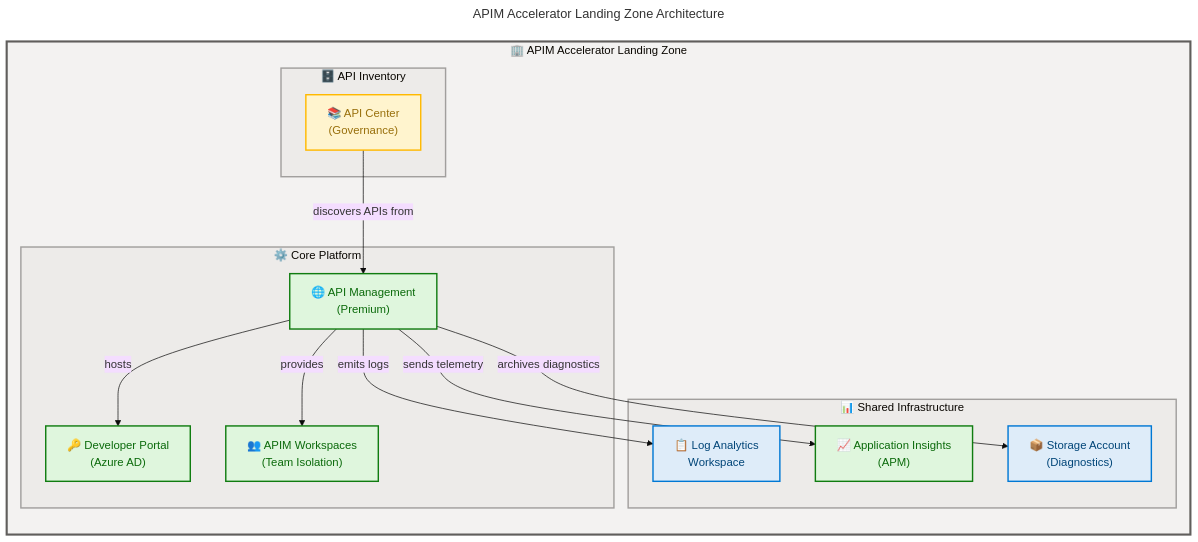
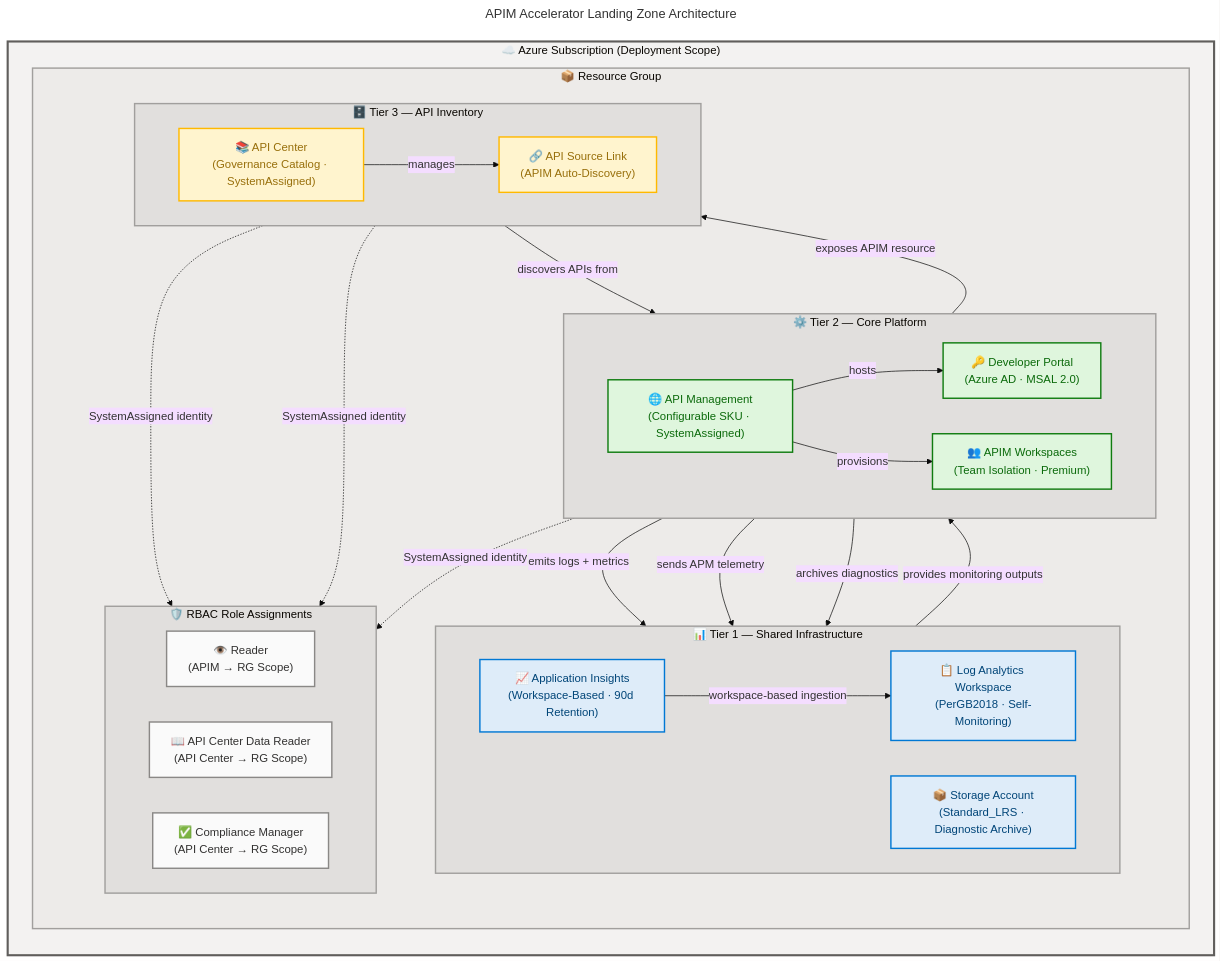
Before and after one commit to Evilazaro/APIM-Accelerator: the first of 2 diagrams in README.md, drawn with Mermaid. The commit also changed other lines of this file, not shown here.

Commit message:
Enhance README.md: Clarify architecture and deployment orchestration details, improving documentation accuracy and user understanding

````diff
--- a/README.md
+++ b/README.md
@@ -43,7 +45,7 @@
 ---
 flowchart TB
     accTitle: APIM Accelerator Landing Zone Architecture
-    accDescr: Shows the 3-tier deployment of shared monitoring, core API Management platform, and API inventory within a single Azure resource group
+    accDescr: Shows subscription-scope deployment with three Bicep module tiers, telemetry flows, RBAC identity assignments, and API governance within a single Azure resource group
 
     %% AZURE / FLUENT v1.1
     %% PHASE 1 - STRUCTURAL: Direction explicit, flat topology, nesting ≤ 3
@@ -53,43 +55,77 @@
     %% PHASE 5 - STANDARD: Governance block present, classDefs centralized
     %% ═══════════════════════════════════════════════════════════════════════════
 
-    subgraph landingZone["🏢 APIM Accelerator Landing Zone"]
+    subgraph subscription["☁️ Azure Subscription (Deployment Scope)"]
         direction TB
 
-        subgraph sharedInfra["📊 Shared Infrastructure"]
-            law["📋 Log Analytics<br/>Workspace"]:::core
-            storage["📦 Storage Account<br/>(Diagnostics)"]:::core
-            appInsights["📈 Application Insights<br/>(APM)"]:::success
+        subgraph resourceGroup["📦 Resource Group"]
+            direction TB
+
+            subgraph sharedInfra["📊 Tier 1 — Shared Infrastructure"]
+                direction LR
+                law["📋 Log Analytics Workspace<br/>(PerGB2018 · Self-Monitoring)"]:::core
+                storage["📦 Storage Account<br/>(Standard_LRS · Diagnostic Archive)"]:::core
+                appInsights["📈 Application Insights<br/>(Workspace-Based · 90d Retention)"]:::core
+            end
+
+            subgraph corePlatform["⚙️ Tier 2 — Core Platform"]
+                direction LR
+                apim["🌐 API Management<br/>(Configurable SKU · SystemAssigned)"]:::success
+                devPortal["🔑 Developer Portal<br/>(Azure AD · MSAL 2.0)"]:::success
+                workspaces["👥 APIM Workspaces<br/>(Team Isolation · Premium)"]:::success
+            end
+
+            subgraph apiInventory["🗄️ Tier 3 — API Inventory"]
+                direction LR
+                apiCenter["📚 API Center<br/>(Governance Catalog · SystemAssigned)"]:::warning
+                apiSource["🔗 API Source Link<br/>(APIM Auto-Discovery)"]:::warning
+            end
+
+            subgraph rbac["🛡️ RBAC Role Assignments"]
+                direction LR
+                readerRole["👁️ Reader<br/>(APIM → RG Scope)"]:::neutral
+                dataReaderRole["📖 API Center Data Reader<br/>(API Center → RG Scope)"]:::neutral
+                complianceRole["✅ Compliance Manager<br/>(API Center → RG Scope)"]:::neutral
+            end
         end
-
-        subgraph corePlatform["⚙️ Core Platform"]
-            apim["🌐 API Management<br/>(Premium)"]:::success
-            devPortal["🔑 Developer Portal<br/>(Azure AD)"]:::success
-            workspaces["👥 APIM Workspaces<br/>(Team Isolation)"]:::success
-        end
-
-        subgraph apiInventory["🗄️ API Inventory"]
-            apiCenter["📚 API Center<br/>(Governance)"]:::warning
-        end
-
-        apim -->|"emits logs"| law
-        apim -->|"sends telemetry"| appInsights
-        apim -->|"archives diagnostics"| storage
-        apim -->|"hosts"| devPortal
-        apim -->|"provides"| workspaces
-        apiCenter -->|"discovers APIs from"| apim
     end
 
-    %% SUBGRAPH STYLING (4 subgraphs = 4 style directives)
-    style landingZone fill:#F3F2F1,stroke:#605E5C,stroke-width:3px
-    style sharedInfra fill:#EDEBE9,stroke:#A19F9D,stroke-width:2px
-    style corePlatform fill:#EDEBE9,stroke:#A19F9D,stroke-width:2px
-    style apiInventory fill:#EDEBE9,stroke:#A19F9D,stroke-width:2px
+    %% Tier dependency chain (deployment order)
+    sharedInfra -->|"provides monitoring outputs"| corePlatform
+    corePlatform -->|"exposes APIM resource"| apiInventory
 
-    %% Centralized semantic classDefs (Phase 5 compliant)
+    %% Telemetry and diagnostic flows
+    apim -->|"emits logs + metrics"| law
+    apim -->|"sends APM telemetry"| appInsights
+    apim -->|"archives diagnostics"| storage
+    appInsights -->|"workspace-based ingestion"| law
+
+    %% Core platform relationships
+    apim -->|"hosts"| devPortal
+    apim -->|"provisions"| workspaces
+
+    %% Inventory relationships
+    apiSource -->|"discovers APIs from"| apim
+    apiCenter -->|"manages"| apiSource
+
+    %% Identity assignments (dashed = identity relationship)
+    apim -.->|"SystemAssigned identity"| readerRole
+    apiCenter -.->|"SystemAssigned identity"| dataReaderRole
+    apiCenter -.->|"SystemAssigned identity"| complianceRole
+
+    %% SUBGRAPH STYLING (6 subgraphs = 6 style directives)
+    style subscription fill:#F3F2F1,stroke:#605E5C,stroke-width:3px
+    style resourceGroup fill:#EDEBE9,stroke:#A19F9D,stroke-width:2px
+    style sharedInfra fill:#E1DFDD,stroke:#A19F9D,stroke-width:2px
+    style corePlatform fill:#E1DFDD,stroke:#A19F9D,stroke-width:2px
+    style apiInventory fill:#E1DFDD,stroke:#A19F9D,stroke-width:2px
+    style rbac fill:#E1DFDD,stroke:#A19F9D,stroke-width:2px
+
+    %% Centralized semantic classDefs (≤5 semantic classes)
     classDef core fill:#DEECF9,stroke:#0078D4,stroke-width:2px,color:#004578
     classDef success fill:#DFF6DD,stroke:#107C10,stroke-width:2px,color:#0B6A0B
     classDef warning fill:#FFF4CE,stroke:#FFB900,stroke-width:2px,color:#986F0B
+    classDef neutral fill:#FAFAFA,stroke:#8A8886,stroke-width:2px,color:#323130
 
     %% Accessibility: WCAG AA verified (4.5:1 contrast ratio)
 ```
````
